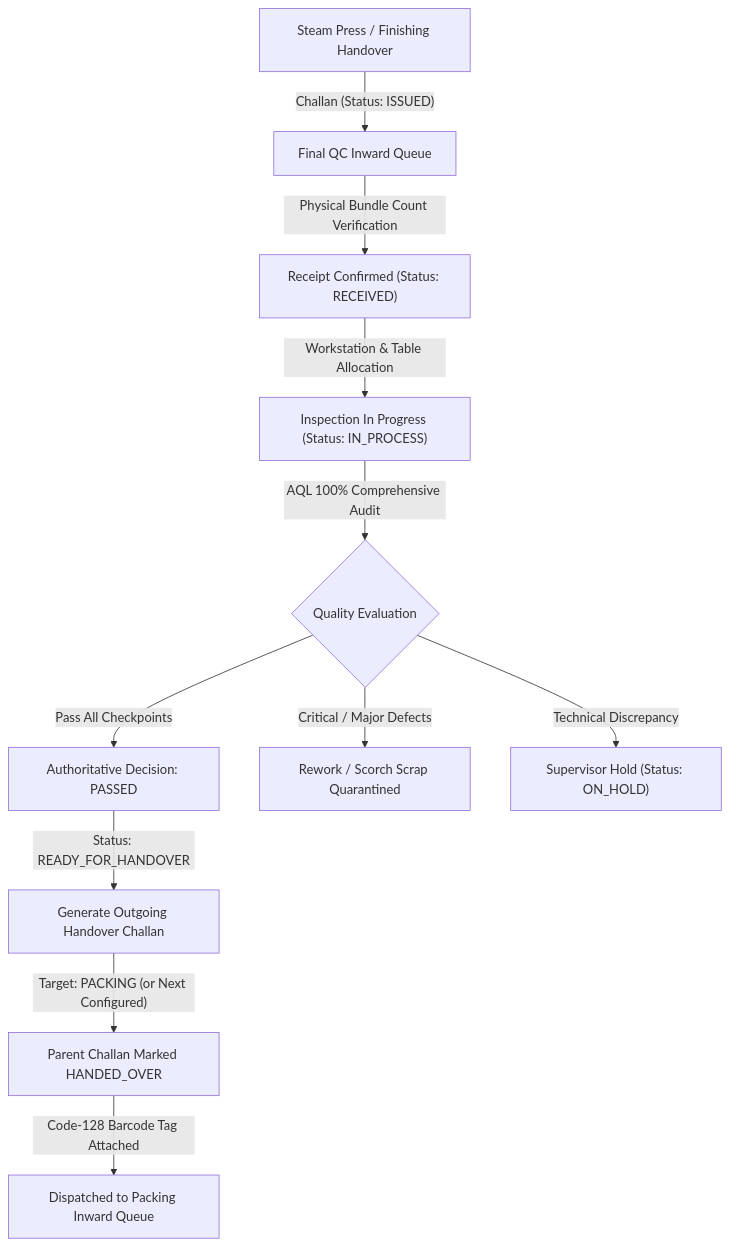
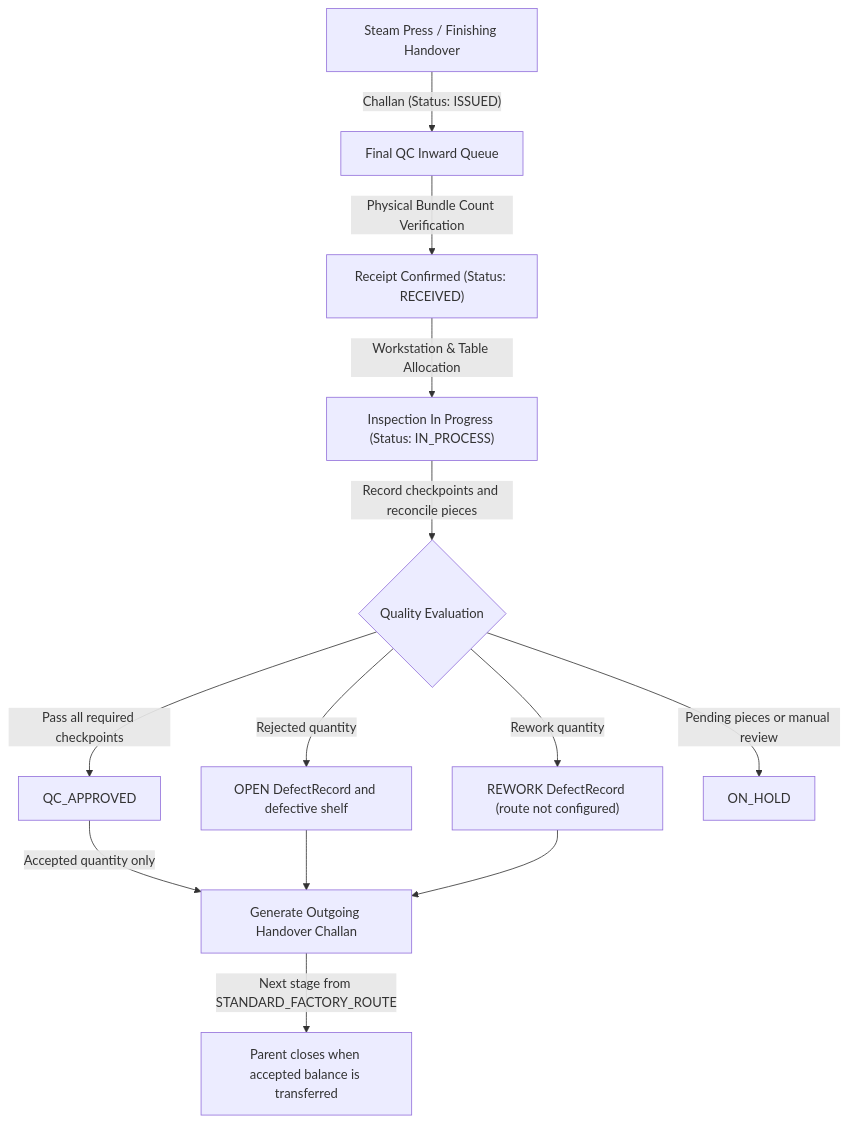
Before and after one commit to kenzoinfosystemDev001/Shubham_Fabrics: the diagram in docs/final-qc/FINAL_QC_WORKFLOW.md, drawn with Mermaid. The commit also changed other lines of this file and 26 other files, not shown here.

````diff
--- a/docs/final-qc/FINAL_QC_WORKFLOW.md
+++ b/docs/final-qc/FINAL_QC_WORKFLOW.md
@@ -12,13 +12,15 @@
 ```mermaid
 flowchart TD
     A["Steam Press / Finishing Handover"] -->|"Challan (Status: ISSUED)"| B["Final QC Inward Queue"]
     B -->|"Physical Bundle Count Verification"| C["Receipt Confirmed (Status: RECEIVED)"]
     C -->|"Workstation & Table Allocation"| D["Inspection In Progress (Status: IN_PROCESS)"]
-    D -->|"AQL 100% Comprehensive Audit"| E{"Quality Evaluation"}
-    E -->|"Pass All Checkpoints"| F["Authoritative Decision: PASSED"]
-    E -->|"Critical / Major Defects"| G["Rework / Scorch Scrap Quarantined"]
-    E -->|"Technical Discrepancy"| H["Supervisor Hold (Status: ON_HOLD)"]
-    F -->|"Status: READY_FOR_HANDOVER"| I["Generate Outgoing Handover Challan"]
-    I -->|"Target: PACKING (or Next Configured)"| J["Parent Challan Marked HANDED_OVER"]
-    J -->|"Code-128 Barcode Tag Attached"| K["Dispatched to Packing Inward Queue"]
+    D -->|"Record checkpoints and reconcile pieces"| E{"Quality Evaluation"}
+    E -->|"Pass all required checkpoints"| F["QC_APPROVED"]
+    E -->|"Rejected quantity"| G["OPEN DefectRecord and defective shelf"]
+    E -->|"Rework quantity"| H["REWORK DefectRecord (route not configured)"]
+    E -->|"Pending pieces or manual review"| I["ON_HOLD"]
+    F -->|"Accepted quantity only"| J["Generate Outgoing Handover Challan"]
+    G --> J
+    H --> J
+    J -->|"Next stage from STANDARD_FACTORY_ROUTE"| K["Parent closes when accepted balance is transferred"]
 ```
````
